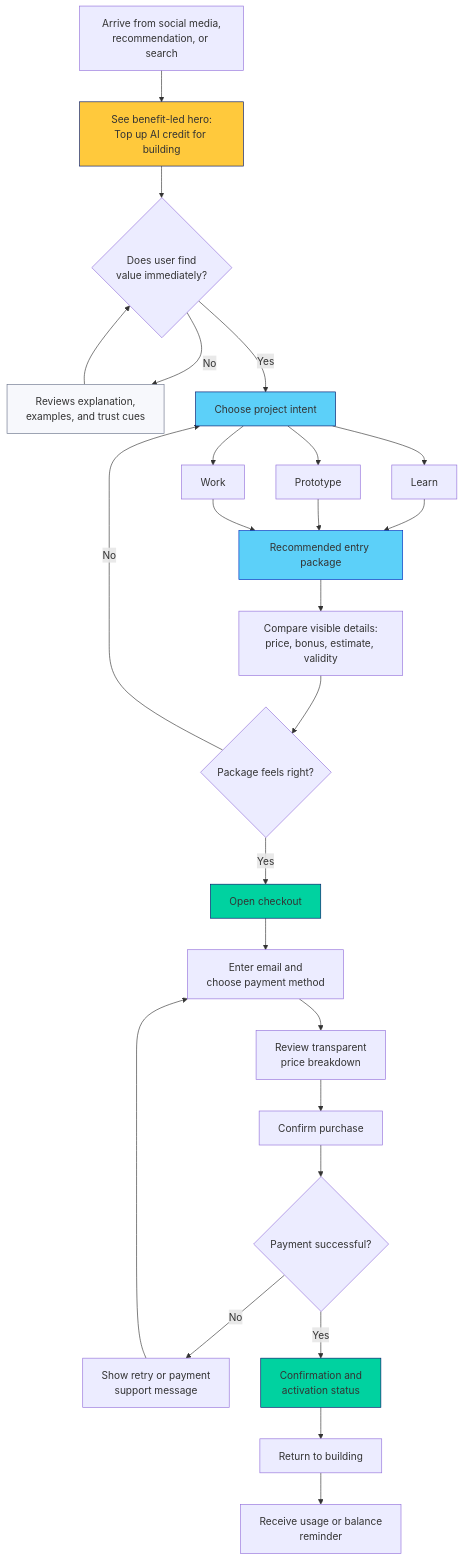
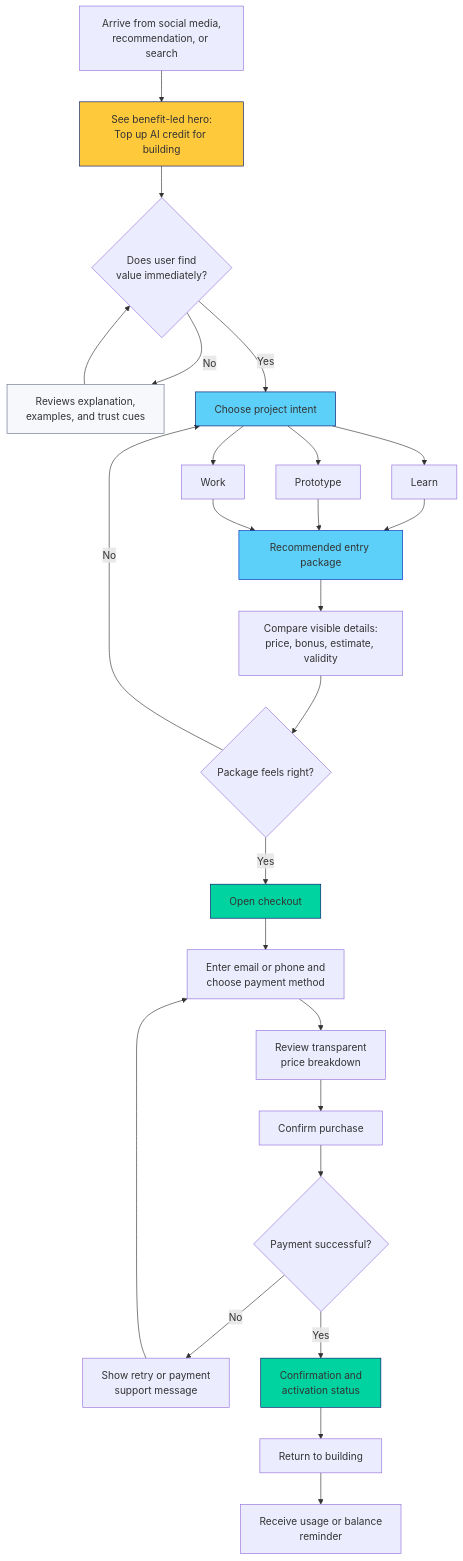
One commit to hannifkurniawan/token-nyala changed the second of 3 diagrams in docs/user-journey.md. Above: the diagram before and after it, drawn with Mermaid. The commit also changed other lines of this file and 12 other files, not shown here.

````diff
--- a/docs/user-journey.md
+++ b/docs/user-journey.md
@@ -26,51 +26,51 @@
 ```mermaid
 flowchart TD
     A[Arrive from social media,
 recommendation, or search] --> B[See benefit-led hero:
 Top up AI credit for building]
 
     B --> C{Does user find
 value immediately?}
     C -->|No| X1[Reviews explanation,
 examples, and trust cues]
     X1 --> C
     C -->|Yes| D[Choose project intent]
 
     D --> D1[Learn]
     D --> D2[Prototype]
     D --> D3[Work]
 
     D1 --> E[Recommended entry package]
     D2 --> E
     D3 --> E
 
     E --> F[Compare visible details:
 price, bonus, estimate, validity]
     F --> G{Package feels right?}
     G -->|No| D
     G -->|Yes| H[Open checkout]
 
-    H --> I[Enter email and
+    H --> I[Enter email or phone and
 choose payment method]
     I --> J[Review transparent
 price breakdown]
     J --> K[Confirm purchase]
 
     K --> L{Payment successful?}
     L -->|No| M[Show retry or payment
 support message]
     M --> I
     L -->|Yes| N[Confirmation and
 activation status]
 
     N --> O[Return to building]
     O --> P[Receive usage or balance
 reminder]
 
     style B fill:#FFC93C,stroke:#00166A
     style D fill:#5CD0F9,stroke:#00166A
     style H fill:#00D2A0,stroke:#00166A
     style N fill:#00D2A0,stroke:#00166A
     style X1 fill:#F7F8FC,stroke:#69728A
     style E fill:#5CD0F9,stroke:#002DBB
 ```
````
